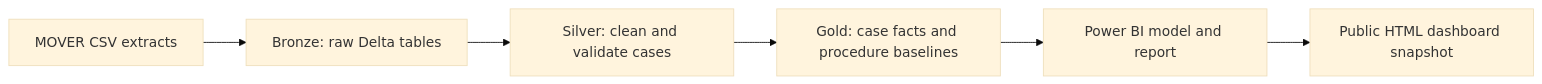
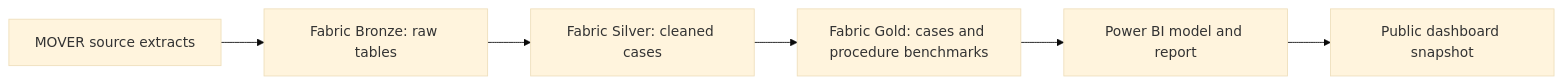
One commit to thrinesh13/OR-Scheduling-Reliability-Analytics changed the diagram in README.md. Above: the diagram before and after it, drawn with Mermaid (base theme). The commit also changed other lines of this file, not shown here.

Commit message:
Simplify README around business case, solution, Fabric flow, and findings

````diff
--- a/README.md
+++ b/README.md
@@ -76,8 +70,8 @@
 ```mermaid
 flowchart LR
-    A[MOVER CSV extracts] --> B[Bronze: raw Delta tables]
-    B --> C[Silver: clean and validate cases]
-    C --> D[Gold: case facts and procedure baselines]
+    A[MOVER source extracts] --> B[Fabric Bronze: raw tables]
+    B --> C[Fabric Silver: cleaned cases]
+    C --> D[Fabric Gold: cases and procedure benchmarks]
     D --> E[Power BI model and report]
-    E --> F[Public HTML dashboard snapshot]
+    E --> F[Public dashboard snapshot]
 ```
````
